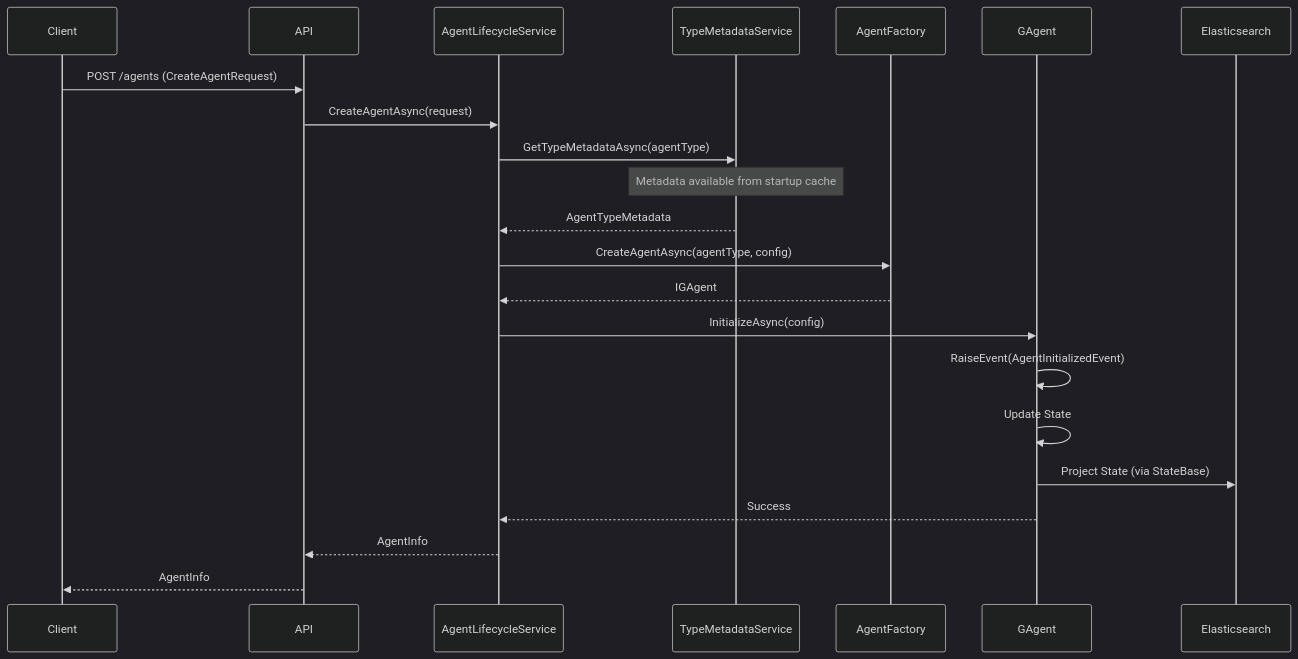
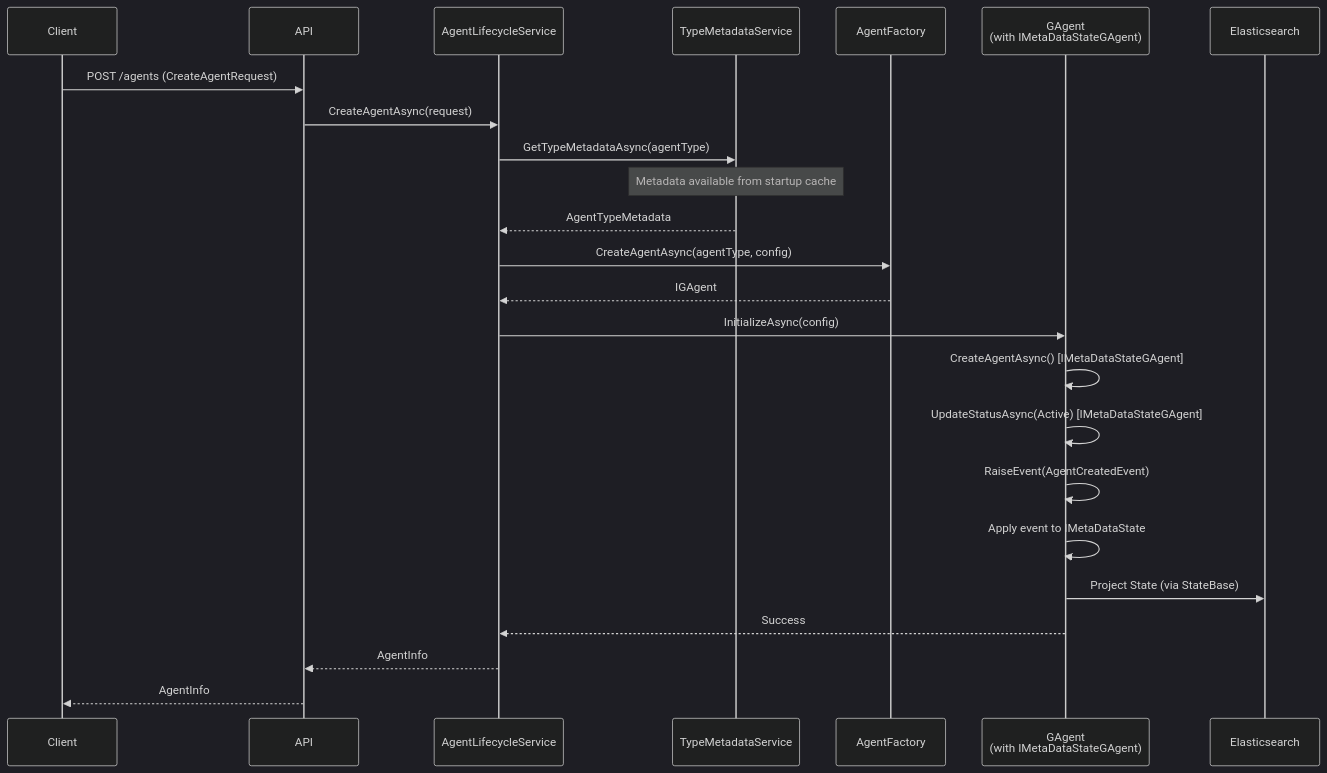
The third of 6 diagrams in Agent-Management-Architecture-Proposal.md (aevatarAI/aevatar-station), drawn with Mermaid (dark theme) before and after one commit. The commit also changed other lines of this file, not shown here.

First line of the commit message:
docs: integrate IMetaDataStateGAgent context into architecture proposal

````diff
--- a/Agent-Management-Architecture-Proposal.md
+++ b/Agent-Management-Architecture-Proposal.md
@@ -668,25 +701,27 @@
 ```mermaid
 sequenceDiagram
     participant Client
     participant API
     participant ALS as AgentLifecycleService
     participant TMS as TypeMetadataService
     participant AF as AgentFactory
-    participant GA as GAgent
+    participant GA as GAgent<br/>(with IMetaDataStateGAgent)
     participant ES as Elasticsearch
     
     Client->>API: POST /agents (CreateAgentRequest)
     API->>ALS: CreateAgentAsync(request)
     ALS->>TMS: GetTypeMetadataAsync(agentType)
     Note over TMS: Metadata available from startup cache
     TMS-->>ALS: AgentTypeMetadata
     ALS->>AF: CreateAgentAsync(agentType, config)
     AF-->>ALS: IGAgent
     ALS->>GA: InitializeAsync(config)
-    GA->>GA: RaiseEvent(AgentInitializedEvent)
-    GA->>GA: Update State
+    GA->>GA: CreateAgentAsync() [IMetaDataStateGAgent]
+    GA->>GA: UpdateStatusAsync(Active) [IMetaDataStateGAgent]
+    GA->>GA: RaiseEvent(AgentCreatedEvent)
+    GA->>GA: Apply event to IMetaDataState
     GA->>ES: Project State (via StateBase)
     GA-->>ALS: Success
     ALS-->>API: AgentInfo
     API-->>Client: AgentInfo
 ```
````
